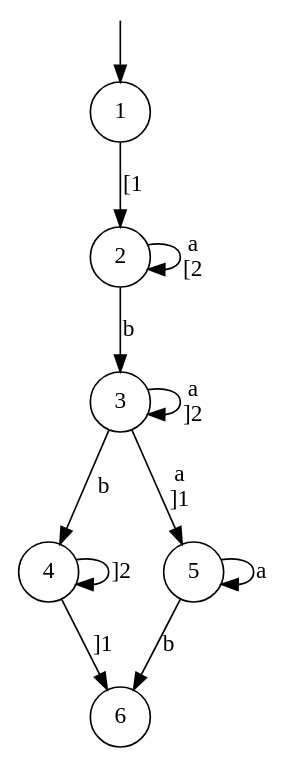
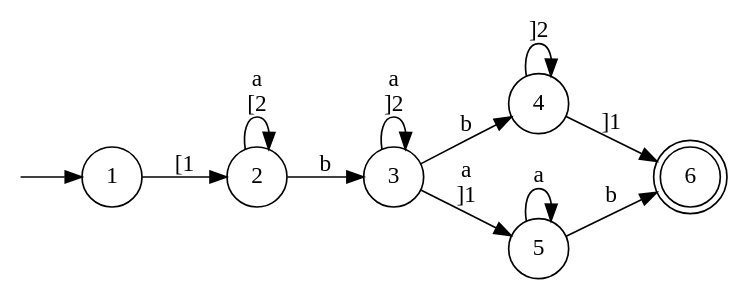
One commit to 0Marble/lgraphs changed the diagram in text/graphs/normal_example_2_original.dot. Above: the diagram before and after it, drawn with Graphviz. The commit also changed 18 other files, not shown here.

```diff
--- a/text/graphs/normal_example_2_original.dot
+++ b/text/graphs/normal_example_2_original.dot
@@ -1,20 +1,21 @@
 digraph {
     node [shape=circle];
+    rankdir = "LR";
     Q0 [style=invisible, height=0, width=0, fixedsize=true];
 
     1 [start=true];
     Q0 -> 1;
 
-    6 [end=true];
+    6 [end=true, shape=doublecircle];
 
     1 -> 2 [item="[1", label="[1"];
     2 -> 2 [item="a[2", label="a\n[2"];
     2 -> 3 [item="b", label="b"];
     3 -> 3 [item="a]2", label="a\n]2"];
     3 -> 4 [item="b", label="b"];
     4 -> 4 [item="]2", label="]2"];
     3 -> 5 [item="a]1", label="a\n]1"];
     5 -> 5 [item="a", label="a"];
     5 -> 6 [item="b", label="b"];
     4 -> 6 [item="]1", label="]1"];
 }
```
